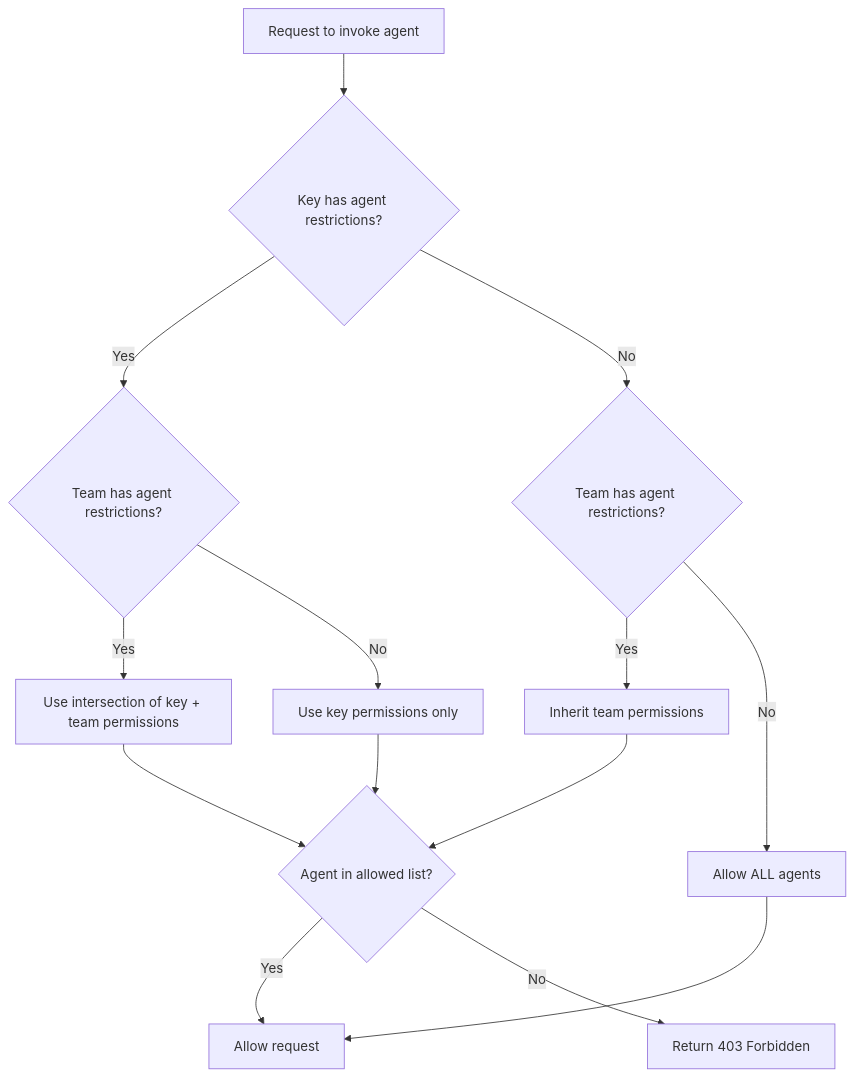
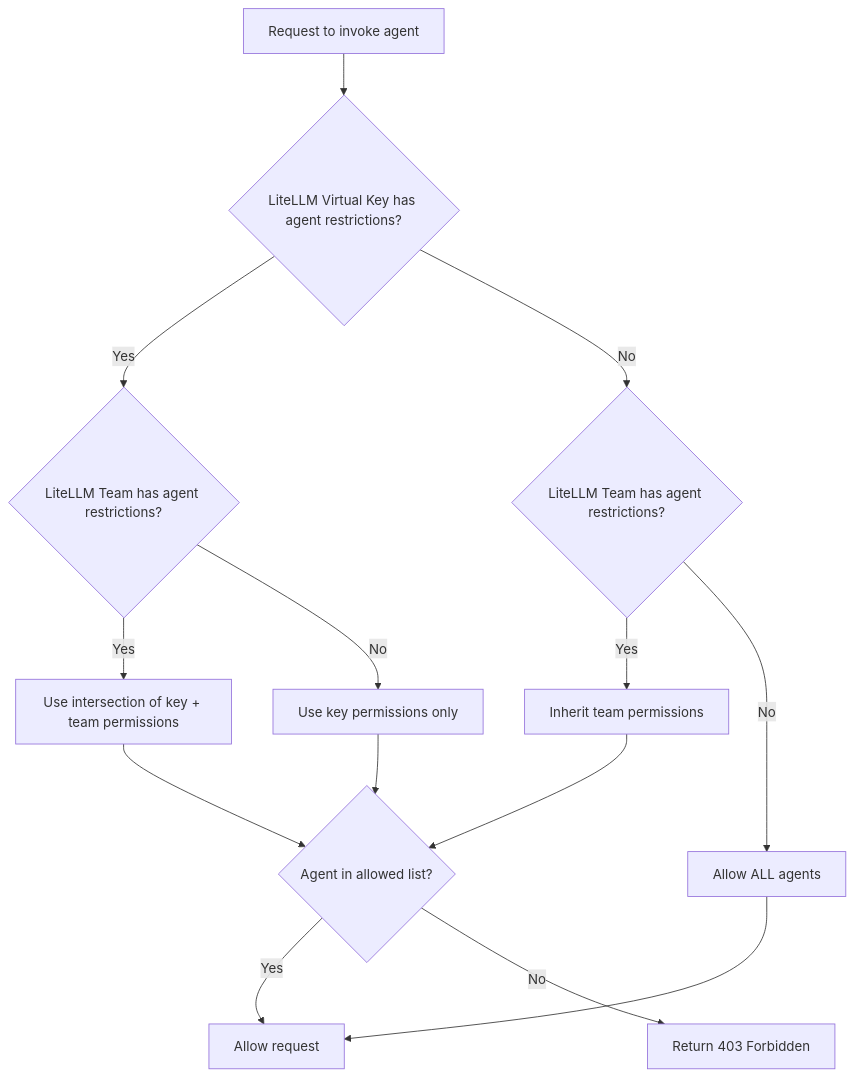
The diagram in docs/my-website/docs/a2a_agent_permissions.md (BerriAI/litellm), drawn with Mermaid before and after one commit. The commit also changed other lines of this file, not shown here.

````diff
--- a/docs/my-website/docs/a2a_agent_permissions.md
+++ b/docs/my-website/docs/a2a_agent_permissions.md
@@ -11,20 +186,20 @@
 ```mermaid
 flowchart TD
-    A[Request to invoke agent] --> B{Key has agent restrictions?}
-    B -->|Yes| C{Team has agent restrictions?}
-    B -->|No| D{Team has agent restrictions?}
+    A[Request to invoke agent] --> B{LiteLLM Virtual Key has agent restrictions?}
+    B -->|Yes| C{LiteLLM Team has agent restrictions?}
+    B -->|No| D{LiteLLM Team has agent restrictions?}
     
     C -->|Yes| E[Use intersection of key + team permissions]
     C -->|No| F[Use key permissions only]
     
     D -->|Yes| G[Inherit team permissions]
     D -->|No| H[Allow ALL agents]
     
     E --> I{Agent in allowed list?}
     F --> I
     G --> I
     H --> J[Allow request]
     
     I -->|Yes| J
     I -->|No| K[Return 403 Forbidden]
 ```
````
